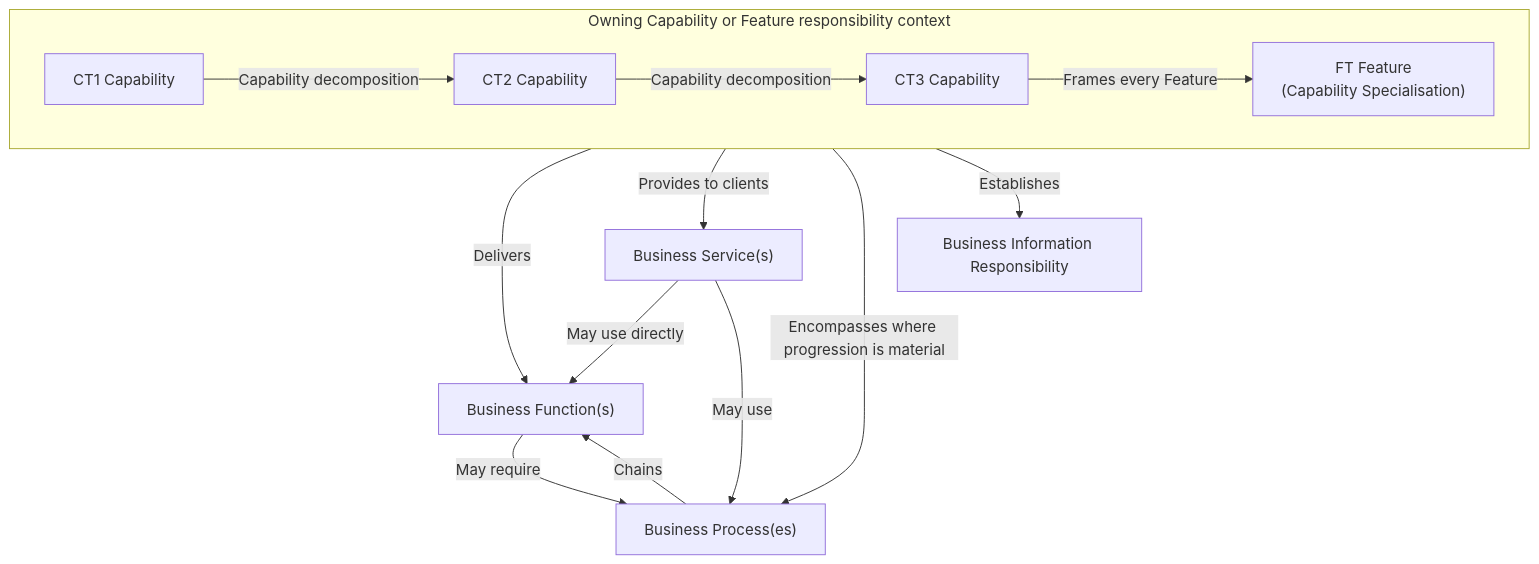
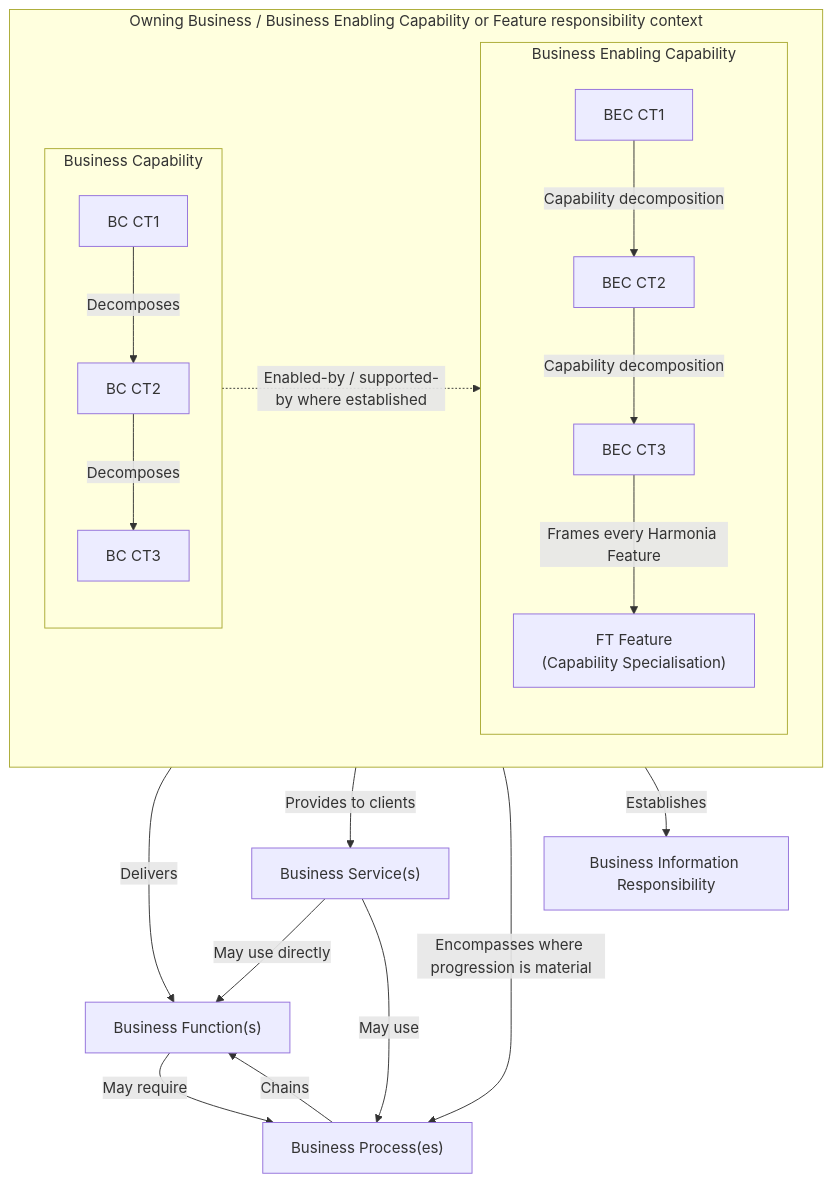
One commit to fhirfactory/harmonia changed the diagram in docs/markdown/03-business-architecture/metamodel/business-architecture-metamodel.md. Above: the diagram before and after it, drawn with Mermaid. The commit also changed other lines of this file and 18 other files, not shown here.

````diff
--- a/docs/markdown/03-business-architecture/metamodel/business-architecture-metamodel.md
+++ b/docs/markdown/03-business-architecture/metamodel/business-architecture-metamodel.md
@@ -7,16 +7,23 @@
 ```mermaid
 graph TD
-    subgraph OWNER["Owning Capability or Feature responsibility context"]
-        CT1["CT1 Capability"] -->|Capability decomposition| CT2["CT2 Capability"]
-        CT2 -->|Capability decomposition| CT3["CT3 Capability"]
-        CT3 -->|Frames every Feature| FT["FT Feature<br/>(Capability Specialisation)"]
+    subgraph OWNER["Owning Business / Business Enabling Capability or Feature responsibility context"]
+        subgraph BC["Business Capability"]
+            BC1["BC CT1"] -->|Decomposes| BC2["BC CT2"]
+            BC2 -->|Decomposes| BC3["BC CT3"]
+        end
+        subgraph BEC["Business Enabling Capability"]
+            CT1["BEC CT1"] -->|Capability decomposition| CT2["BEC CT2"]
+            CT2 -->|Capability decomposition| CT3["BEC CT3"]
+            CT3 -->|Frames every Harmonia Feature| FT["FT Feature<br/>(Capability Specialisation)"]
+        end
+        BC -.->|Enabled-by / supported-by where established| BEC
     end
     OWNER -->|Delivers| FUNC["Business Function(s)"]
     OWNER -->|Provides to clients| SERV["Business Service(s)"]
     SERV -->|May use directly| FUNC
     SERV -->|May use| PROC
     FUNC -->|May require| PROC
     PROC -->|Chains| FUNC
     OWNER -->|Encompasses where progression is material| PROC["Business Process(es)"]
     OWNER -->|Establishes| INFO["Business Information Responsibility"]
 ```
````
